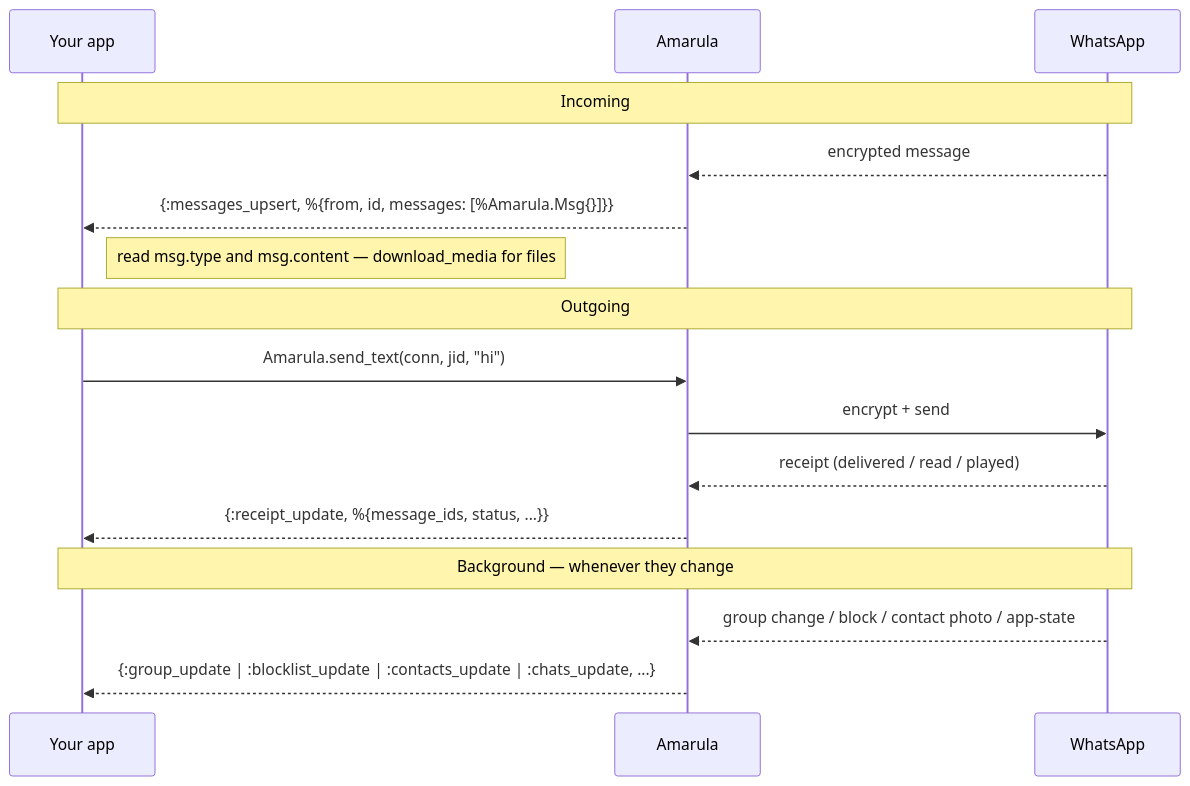
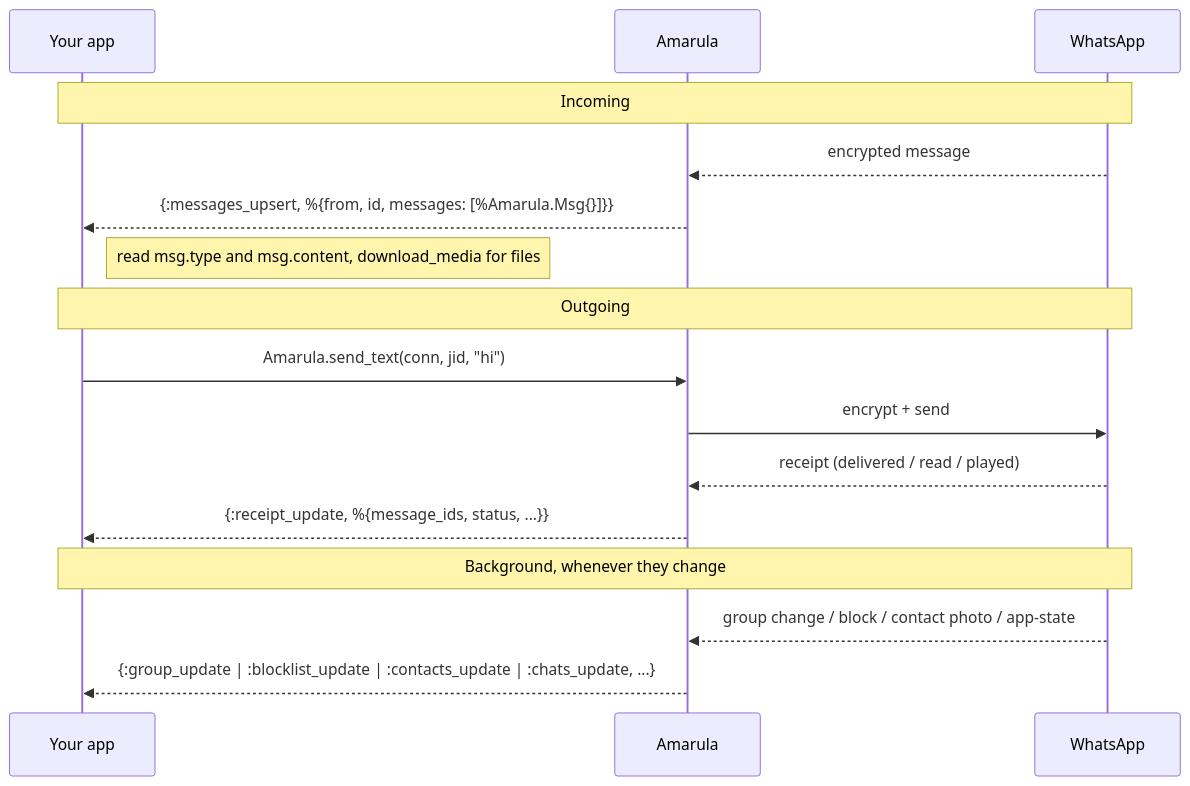
One commit to tubedude/amarula changed the third of 4 diagrams in README.md. Above: the diagram before and after it, drawn with Mermaid. The commit also changed other lines of this file and 1 other file, not shown here.

First line of the commit message:
test+docs: prove + document the non-blocking concurrent send flow

````diff
--- a/README.md
+++ b/README.md
@@ -135,21 +135,21 @@
 ```mermaid
 sequenceDiagram
     participant App as Your app
     participant A as Amarula
     participant WA as WhatsApp
 
     Note over App,WA: Incoming
     WA-->>A: encrypted message
     A-->>App: {:messages_upsert, %{from, id, messages: [%Amarula.Msg{}]}}
-    Note right of App: read msg.type and msg.content — download_media for files
+    Note right of App: read msg.type and msg.content, download_media for files
 
     Note over App,WA: Outgoing
     App->>A: Amarula.send_text(conn, jid, "hi")
     A->>WA: encrypt + send
     WA-->>A: receipt (delivered / read / played)
     A-->>App: {:receipt_update, %{message_ids, status, ...}}
 
-    Note over App,WA: Background — whenever they change
+    Note over App,WA: Background, whenever they change
     WA-->>A: group change / block / contact photo / app-state
     A-->>App: {:group_update | :blocklist_update | :contacts_update | :chats_update, ...}
 ```
````
